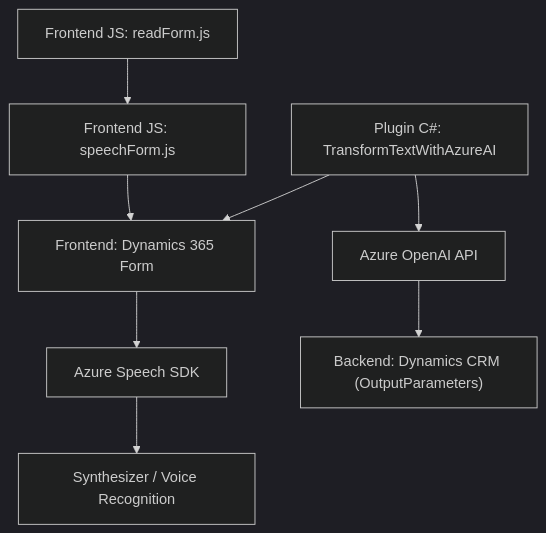
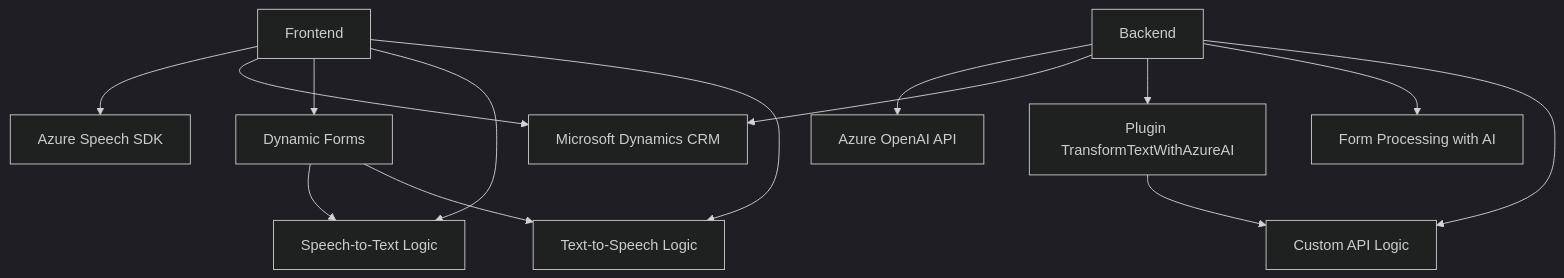
Before and after one commit to blopezdm/NETCORE_BILBAO2025: the diagram in README.md, drawn with Mermaid (dark theme). The commit also changed other lines of this file, not shown here.

````diff
--- a/README.md
+++ b/README.md
@@ -54,11 +58,28 @@
 ```mermaid
 graph TD
-    A["Frontend JS: readForm.js"] --> B["Frontend JS: speechForm.js"]
-    B --> C["Frontend: Dynamics 365 Form"]
-    C --> D["Azure Speech SDK"]
-    D --> E["Synthesizer / Voice Recognition"]
+    A["Frontend"]
+    B["Backend"]
+    C["Azure Speech SDK"]
+    D["Azure OpenAI API"]
+    E["Microsoft Dynamics CRM"]
+    F["Dynamic Forms"]
+    G["Speech-to-Text Logic"]
+    H["Text-to-Speech Logic"]
+    I["Plugin TransformTextWithAzureAI"]
+    J["Form Processing with AI"]
+    K["Custom API Logic"]
 
-    F["Plugin C#: TransformTextWithAzureAI"] --> C
-    F --> G["Azure OpenAI API"]
-    G --> H["Backend: Dynamics CRM (OutputParameters)"]
+    A --> C
+    A --> E
+    A --> F
+    A --> G
+    A --> H
+    B --> D
+    B --> E
+    B --> I
+    B --> J
+    B --> K
+    F --> G
+    F --> H
+    I --> K
 ```
````
